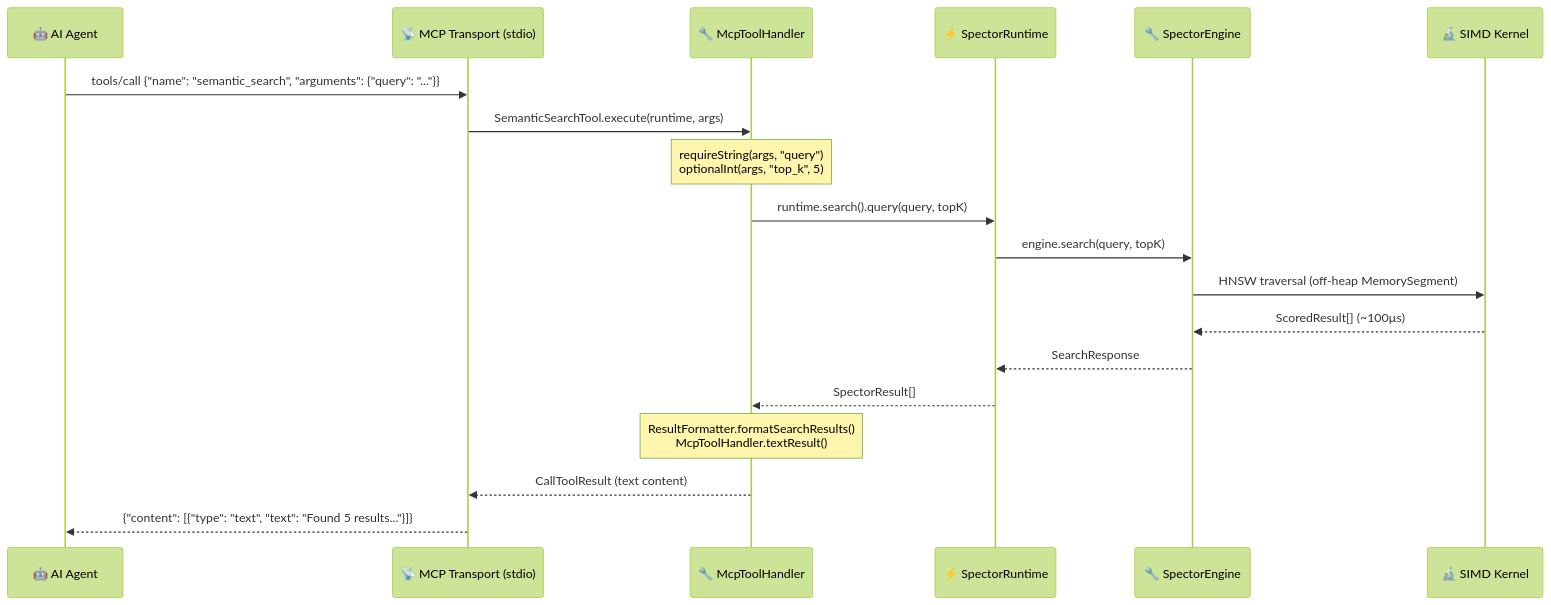
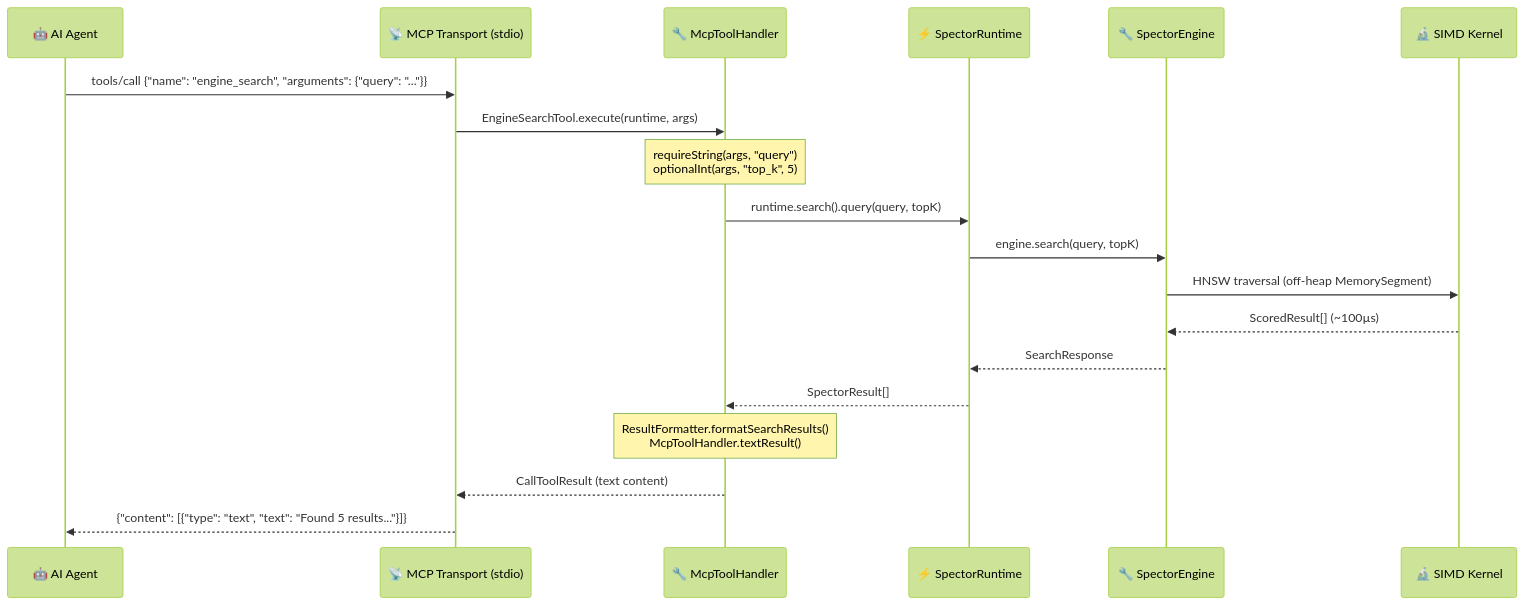
One commit to spectrayan/spector-search changed the second of 4 diagrams in docs/docs/architecture/mcp-integration.md. Above: the diagram before and after it, drawn with Mermaid (forest theme). The commit also changed other lines of this file and 23 other files, not shown here.

````diff
--- a/docs/docs/architecture/mcp-integration.md
+++ b/docs/docs/architecture/mcp-integration.md
@@ -76,26 +84,26 @@
 ```mermaid
 sequenceDiagram
     participant Agent as 🤖 AI Agent
     participant MCP as 📡 MCP Transport (stdio)
     participant Handler as 🔧 McpToolHandler
     participant Runtime as ⚡ SpectorRuntime
     participant Engine as 🔧 SpectorEngine
     participant SIMD as 🔬 SIMD Kernel
 
-    Agent->>MCP: tools/call {"name": "semantic_search", "arguments": {"query": "..."}}
-    MCP->>Handler: SemanticSearchTool.execute(runtime, args)
+    Agent->>MCP: tools/call {"name": "engine_search", "arguments": {"query": "..."}}
+    MCP->>Handler: EngineSearchTool.execute(runtime, args)
     
     Note over Handler: requireString(args, "query")<br/>optionalInt(args, "top_k", 5)
     
     Handler->>Runtime: runtime.search().query(query, topK)
     Runtime->>Engine: engine.search(query, topK)
     Engine->>SIMD: HNSW traversal (off-heap MemorySegment)
     SIMD-->>Engine: ScoredResult[] (~100µs)
     Engine-->>Runtime: SearchResponse
     Runtime-->>Handler: SpectorResult[]
     
     Note over Handler: ResultFormatter.formatSearchResults()<br/>McpToolHandler.textResult()
     
     Handler-->>MCP: CallToolResult (text content)
     MCP-->>Agent: {"content": [{"type": "text", "text": "Found 5 results..."}]}
 ```
````
